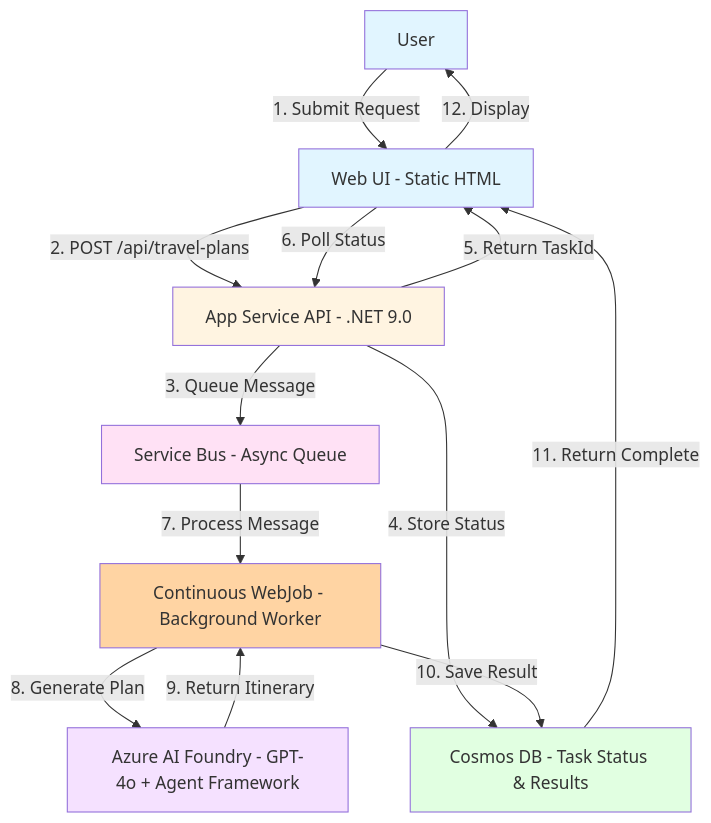
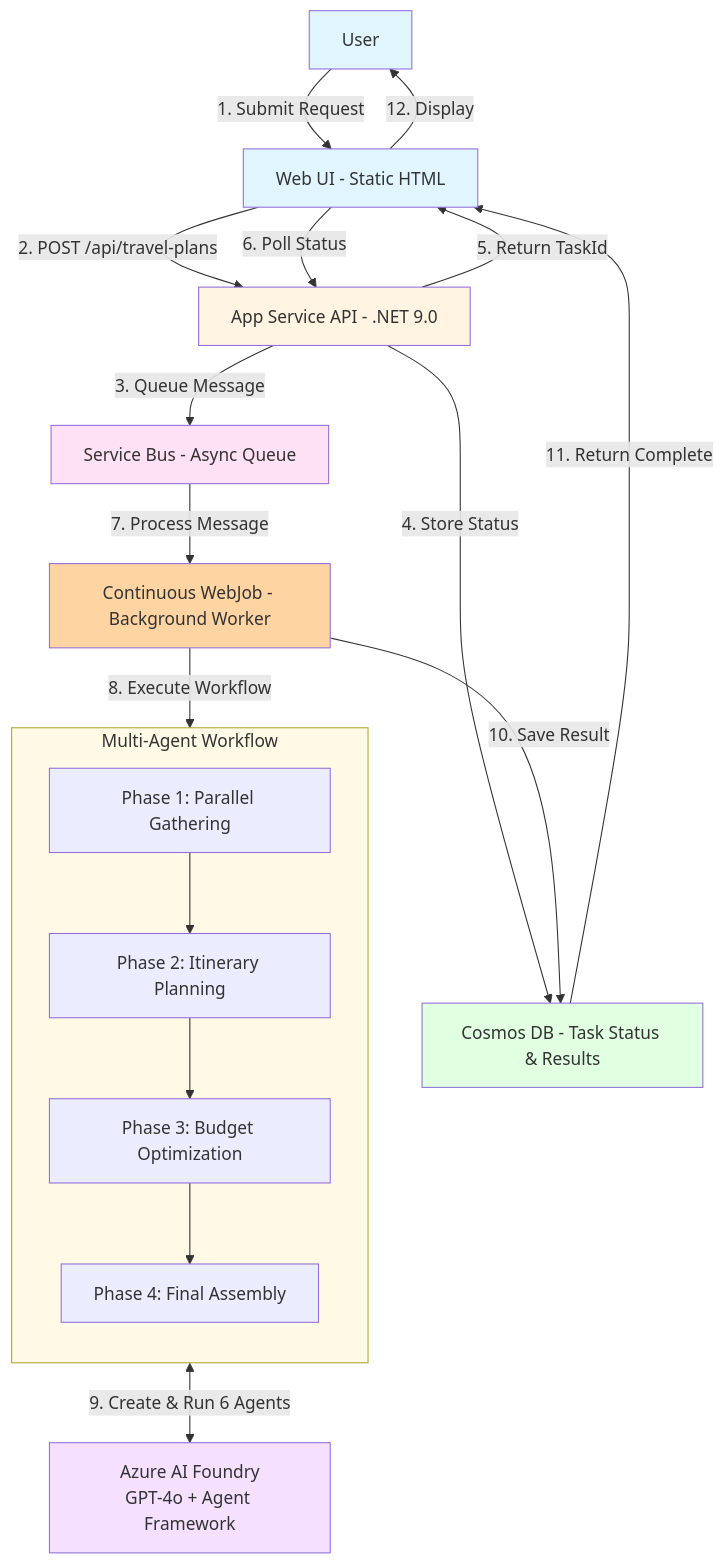
The second of 2 diagrams in architecture.md (Azure-Samples/app-service-maf-workflow-travel-agent-dotnet), drawn with Mermaid before and after one commit. The commit also changed 1 other file, not shown here.

````diff
--- a/architecture.md
+++ b/architecture.md
@@ -64,31 +64,45 @@
 ```mermaid
 flowchart TB
     User[User]
     UI[Web UI - Static HTML]
     API[App Service API - .NET 9.0]
     WebJob[Continuous WebJob - Background Worker]
     ServiceBus[Service Bus - Async Queue]
     Cosmos[Cosmos DB - Task Status & Results]
-    AI[Azure AI Foundry - GPT-4o + Agent Framework]
+    
+    subgraph Workflow["Multi-Agent Workflow"]
+        direction TB
+        Phase1["Phase 1: Parallel Gathering"]
+        Phase2["Phase 2: Itinerary Planning"]
+        Phase3["Phase 3: Budget Optimization"]
+        Phase4["Phase 4: Final Assembly"]
+        
+        Phase1 --> Phase2
+        Phase2 --> Phase3
+        Phase3 --> Phase4
+    end
+    
+    AI[Azure AI Foundry<br/>GPT-4o + Agent Framework]
 
     User -->|1. Submit Request| UI
     UI -->|2. POST /api/travel-plans| API
     API -->|3. Queue Message| ServiceBus
     API -->|4. Store Status| Cosmos
     API -->|5. Return TaskId| UI
     UI -->|6. Poll Status| API
     ServiceBus -->|7. Process Message| WebJob
-    WebJob -->|8. Generate Plan| AI
-    AI -->|9. Return Itinerary| WebJob
+    WebJob -->|8. Execute Workflow| Workflow
+    Workflow <-->|9. Create & Run 6 Agents| AI
     WebJob -->|10. Save Result| Cosmos
     Cosmos -->|11. Return Complete| UI
     UI -->|12. Display| User
 
     style User fill:#e1f5ff
     style UI fill:#e1f5ff
     style API fill:#fff4e1
     style WebJob fill:#ffd4a3
     style ServiceBus fill:#ffe1f5
     style Cosmos fill:#e1ffe1
     style AI fill:#f5e1ff
+    style Workflow fill:#fff9e6
 ```
````
